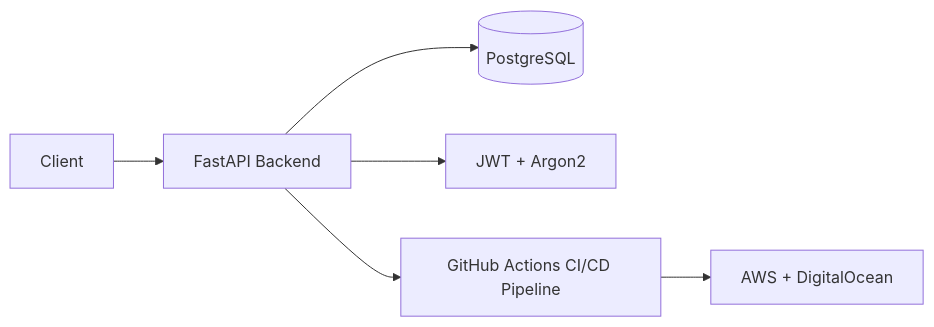
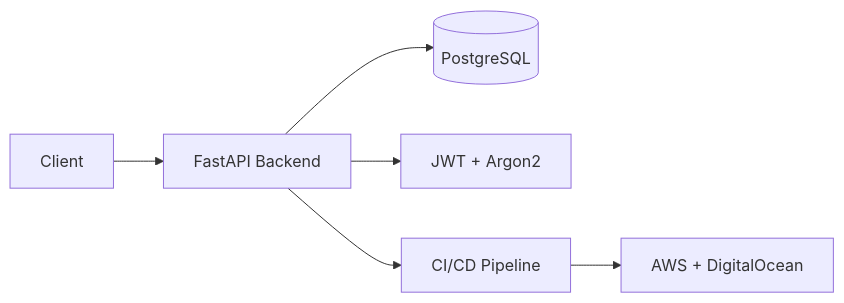
The diagram in README.md (emmanueleEgbo/social-media-type-api), drawn with Mermaid before and after one commit.

Commit message:
Simplify CI/CD pipeline reference in README

````diff
--- a/README.md
+++ b/README.md
@@ -37,8 +37,8 @@
 ```mermaid
 flowchart LR
     Client[Client] --> API[FastAPI Backend]
     API --> DB[(PostgreSQL)]
     API --> AUTH[JWT + Argon2]
-    API --> CI/CD[GitHub Actions CI/CD Pipeline]
+    API --> CI/CD[CI/CD Pipeline]
     CI/CD --> CLOUD[AWS + DigitalOcean]
 ```
````
